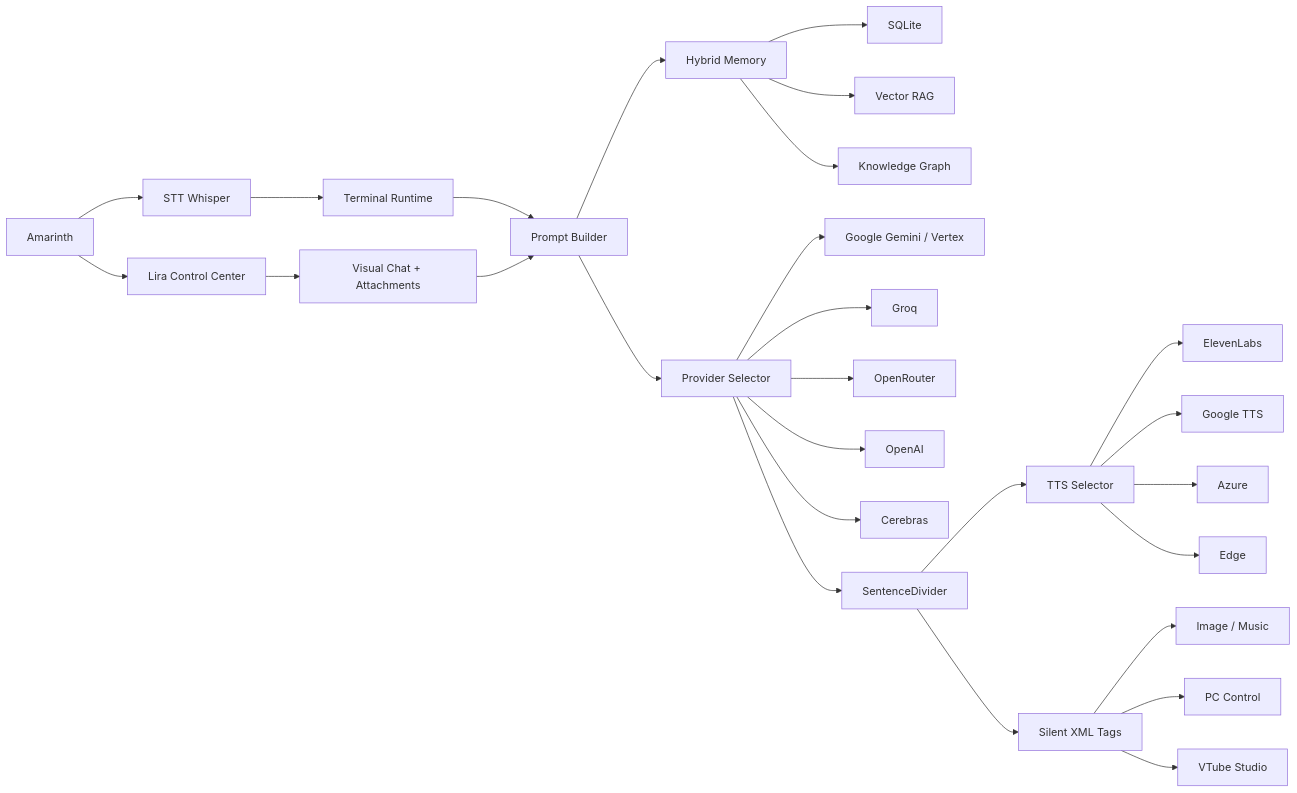
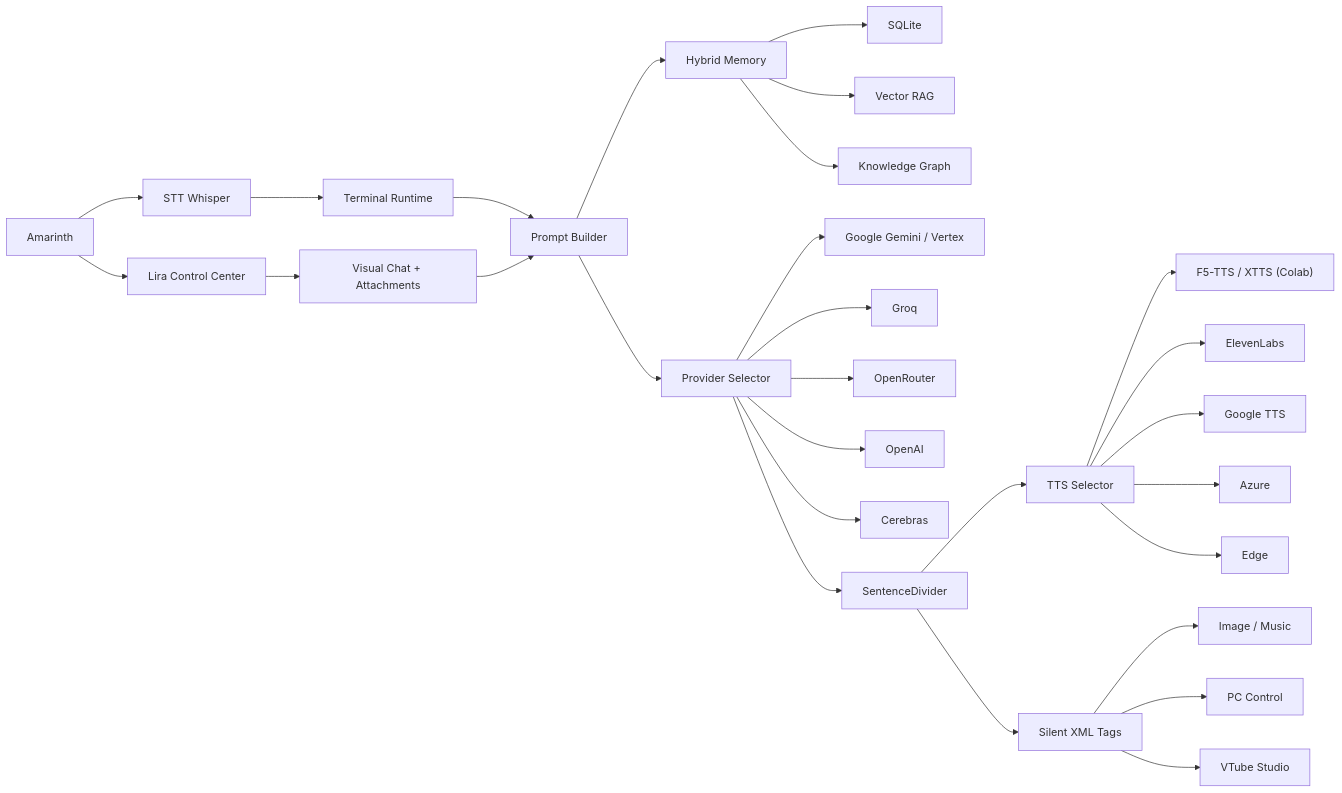
The first of 2 diagrams in README.md (Rukafuu/LiraVtuber), drawn with Mermaid before and after one commit. The commit also changed other lines of this file and 190 other files, not shown here.

````diff
--- a/README.md
+++ b/README.md
@@ -123,33 +199,34 @@
 ```mermaid
 flowchart LR
     User["Amarinth"] --> STT["STT Whisper"]
     STT --> Runtime["Terminal Runtime"]
     User --> GUI["Lira Control Center"]
     GUI --> Chat["Visual Chat + Attachments"]
 
     Runtime --> Prompt["Prompt Builder"]
     Chat --> Prompt
     Prompt --> Memory["Hybrid Memory"]
     Memory --> SQLite["SQLite"]
     Memory --> RAG["Vector RAG"]
     Memory --> Graph["Knowledge Graph"]
 
     Prompt --> LLM["Provider Selector"]
     LLM --> Google["Google Gemini / Vertex"]
     LLM --> Groq["Groq"]
     LLM --> OpenRouter["OpenRouter"]
     LLM --> OpenAI["OpenAI"]
     LLM --> Cerebras["Cerebras"]
 
     LLM --> Divider["SentenceDivider"]
     Divider --> TTS["TTS Selector"]
+    TTS --> F5Colab["F5-TTS / XTTS (Colab)"]
     TTS --> Eleven["ElevenLabs"]
     TTS --> GoogleTTS["Google TTS"]
     TTS --> Azure["Azure"]
     TTS --> Edge["Edge"]
 
     Divider --> XML["Silent XML Tags"]
     XML --> Media["Image / Music"]
     XML --> PC["PC Control"]
     XML --> VTS["VTube Studio"]
 ```
````
